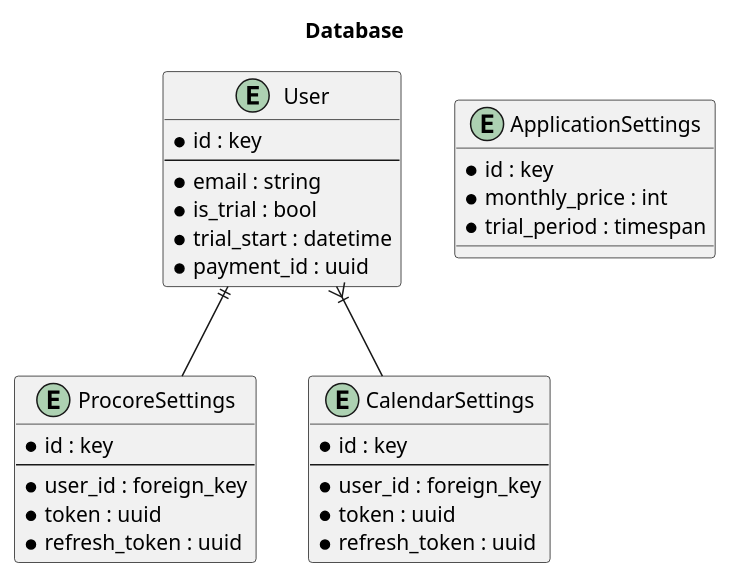
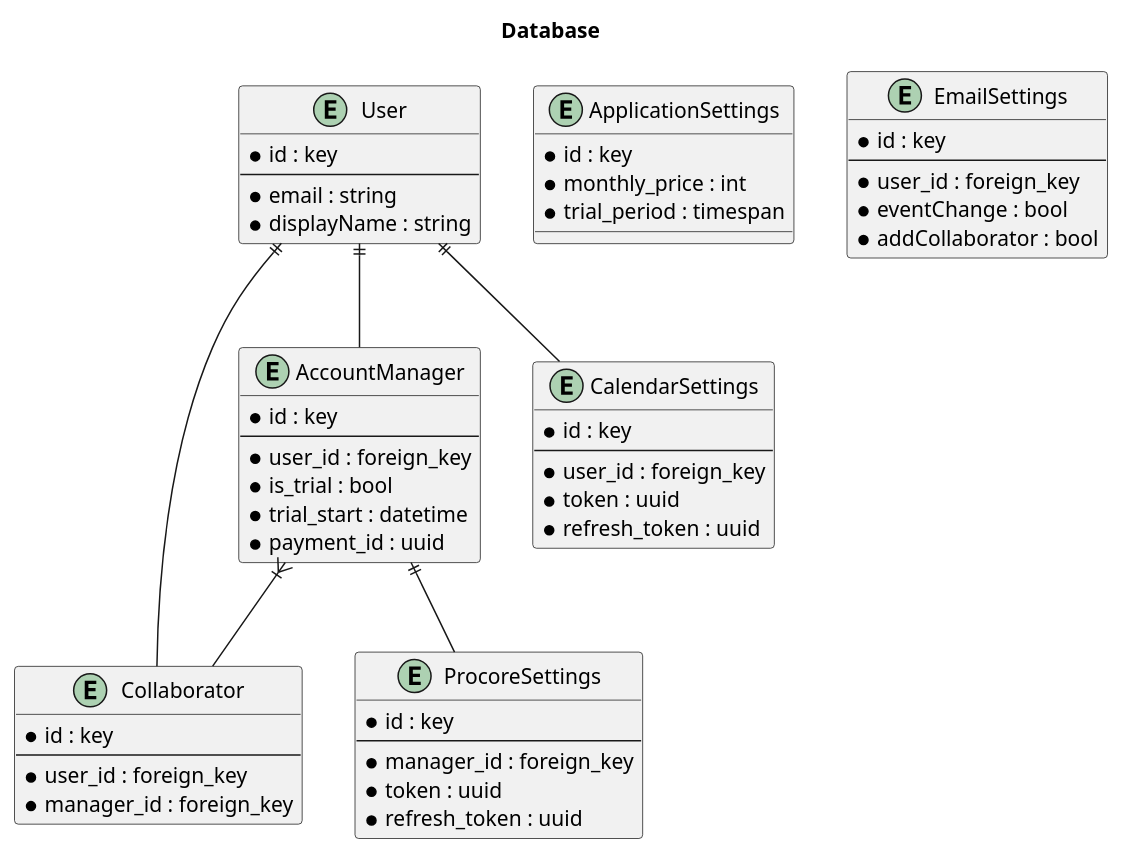
One commit to adhurjaty/procore-gcal changed the diagram in diagrams/database.wsd. Above: the diagram before and after it, drawn with PlantUML. The commit also changed 3 other files, not shown here.

```diff
--- a/diagrams/database.wsd
+++ b/diagrams/database.wsd
@@ -1,38 +1,63 @@
 @startuml
 title Database
 
 entity User {
     * id : key
     ---
     * email : string
+    * displayName : string
+}
+
+entity AccountManager {
+    * id : key
+    ---
+    * user_id : foreign_key
     * is_trial : bool
     * trial_start : datetime
     * payment_id : uuid
 }
 
+entity Collaborator {
+    * id : key
+    ---
+    * user_id : foreign_key
+    * manager_id : foreign_key
+}
+
 entity ProcoreSettings {
     * id : key
     ---
-    * user_id : foreign_key
+    * manager_id : foreign_key
     * token : uuid
     * refresh_token : uuid
 }
 
 entity CalendarSettings {
     * id : key
     ---
     * user_id : foreign_key
     * token : uuid
     * refresh_token : uuid
 }
 
 entity ApplicationSettings {
     * id : key
     * monthly_price : int
     * trial_period : timespan
 }
 
-User }|-- CalendarSettings
-User ||-- ProcoreSettings
+entity EmailSettings {
+    * id : key
+    ---
+    * user_id : foreign_key
+    * eventChange : bool
+    * addCollaborator : bool
+}
+
+AccountManager ||-- ProcoreSettings
+User ||-- AccountManager
+User ||-- CalendarSettings
+User ||-- Collaborator
+AccountManager }|-- Collaborator
 
 @enduml
```
